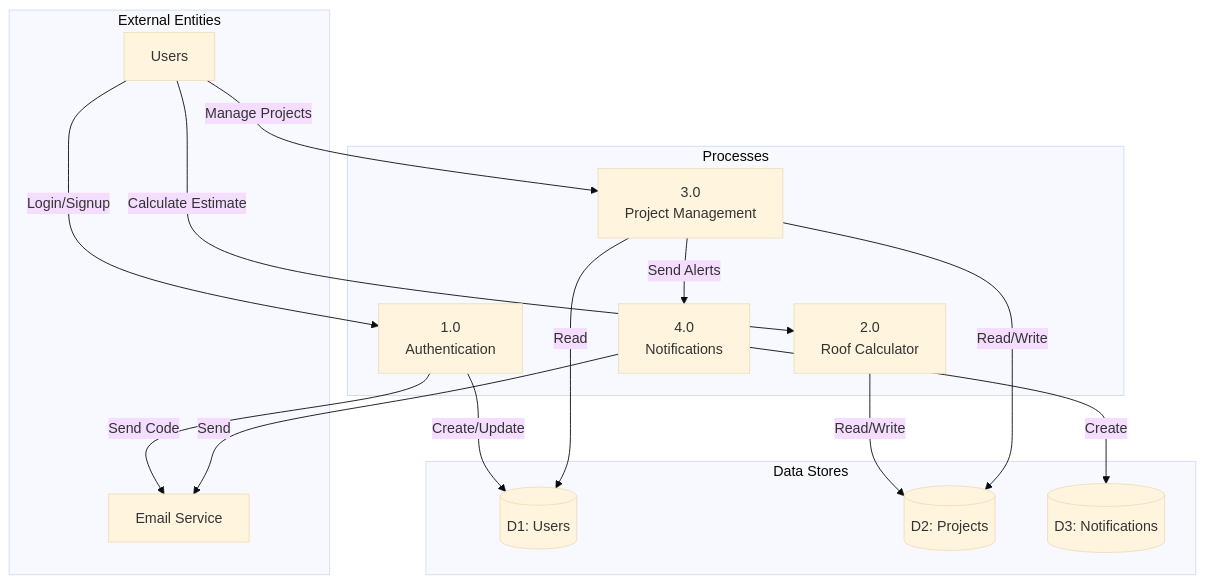
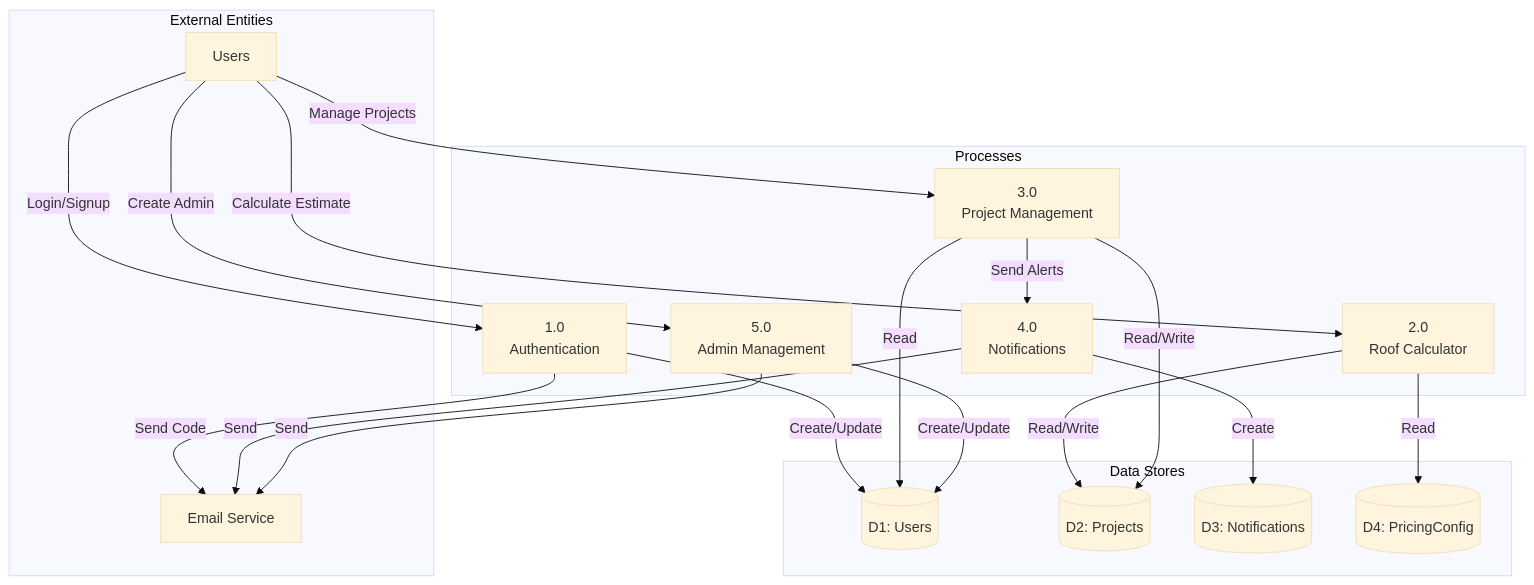
One commit to Justin322322/roofcal changed the eighth of 11 diagrams in README.md. Above: the diagram before and after it, drawn with Mermaid (base theme). The commit also changed other lines of this file and 1 other file, not shown here.

````diff
--- a/README.md
+++ b/README.md
@@ -536,35 +591,42 @@
 ```mermaid
 flowchart TB
     subgraph "External Entities"
         USER[Users]
         EMAIL[Email Service]
     end
 
     subgraph "Processes"
         P1[1.0<br/>Authentication]
         P2[2.0<br/>Roof Calculator]
         P3[3.0<br/>Project Management]
         P4[4.0<br/>Notifications]
+        P5[5.0<br/>Admin Management]
     end
 
     subgraph "Data Stores"
         D1[(D1: Users)]
         D2[(D2: Projects)]
         D3[(D3: Notifications)]
+        D4[(D4: PricingConfig)]
     end
 
     USER -->|Login/Signup| P1
     P1 -->|Create/Update| D1
     P1 -->|Send Code| EMAIL
     
     USER -->|Calculate Estimate| P2
     P2 -->|Read/Write| D2
+    P2 -->|Read| D4
     
     USER -->|Manage Projects| P3
     P3 -->|Read/Write| D2
     P3 -->|Read| D1
     
     P3 -->|Send Alerts| P4
     P4 -->|Create| D3
     P4 -->|Send| EMAIL
+    
+    USER -->|Create Admin| P5
+    P5 -->|Create/Update| D1
+    P5 -->|Send| EMAIL
 ```
````
